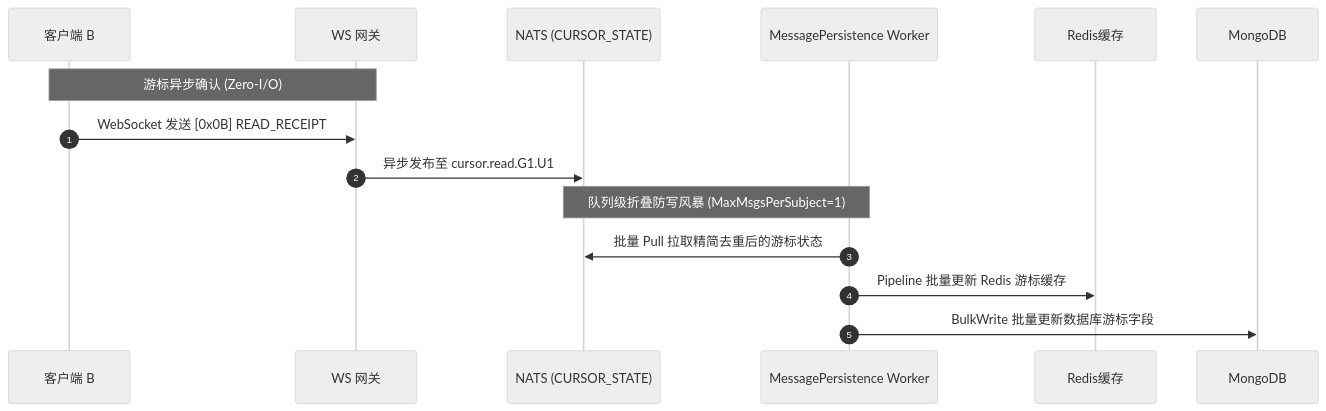
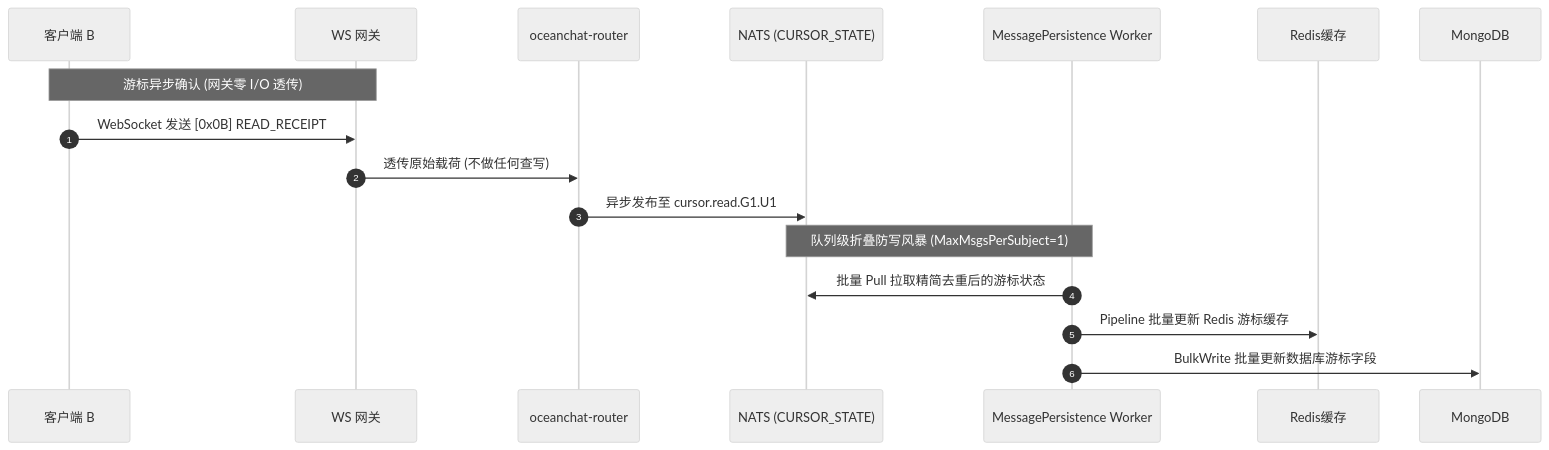
The fourth of 4 diagrams in i18n/zh-CN/docusaurus-plugin-content-docs/current/devdocs/Bussiness Logic/group-message-flow.md (JamesWilson19970101/ocean.chat.docs), drawn with Mermaid (neutral theme) before and after one commit. The commit also changed other lines of this file and 3 other files, not shown here.

First line of the commit message:
docs: route READ_RECEIPT via router into CURSOR_STATE

````diff
--- a/i18n/zh-CN/docusaurus-plugin-content-docs/current/devdocs/Bussiness Logic/group-message-flow.md
+++ b/i18n/zh-CN/docusaurus-plugin-content-docs/current/devdocs/Bussiness Logic/group-message-flow.md
@@ -175,17 +175,19 @@
 ```mermaid
 sequenceDiagram
     autonumber
     participant Receiver as 客户端 B
     participant WSG as WS 网关
+    participant Router as oceanchat-router
     participant NATS as NATS (CURSOR_STATE)
     participant Worker as MessagePersistence Worker
     participant Redis as Redis缓存
     participant MongoDB as MongoDB
-    note over Receiver, WSG: 游标异步确认 (Zero-I/O)
+    note over Receiver, WSG: 游标异步确认 (网关零 I/O 透传)
     Receiver->>WSG: WebSocket 发送 [0x0B] READ_RECEIPT
-    WSG->>NATS: 异步发布至 cursor.read.G1.U1
+    WSG->>Router: 透传原始载荷 (不做任何查写)
+    Router->>NATS: 异步发布至 cursor.read.G1.U1
     note over NATS, Worker: 队列级折叠防写风暴 (MaxMsgsPerSubject=1)
     Worker->>NATS: 批量 Pull 拉取精简去重后的游标状态
     Worker->>Redis: Pipeline 批量更新 Redis 游标缓存
     Worker->>MongoDB: BulkWrite 批量更新数据库游标字段
 ```
````
